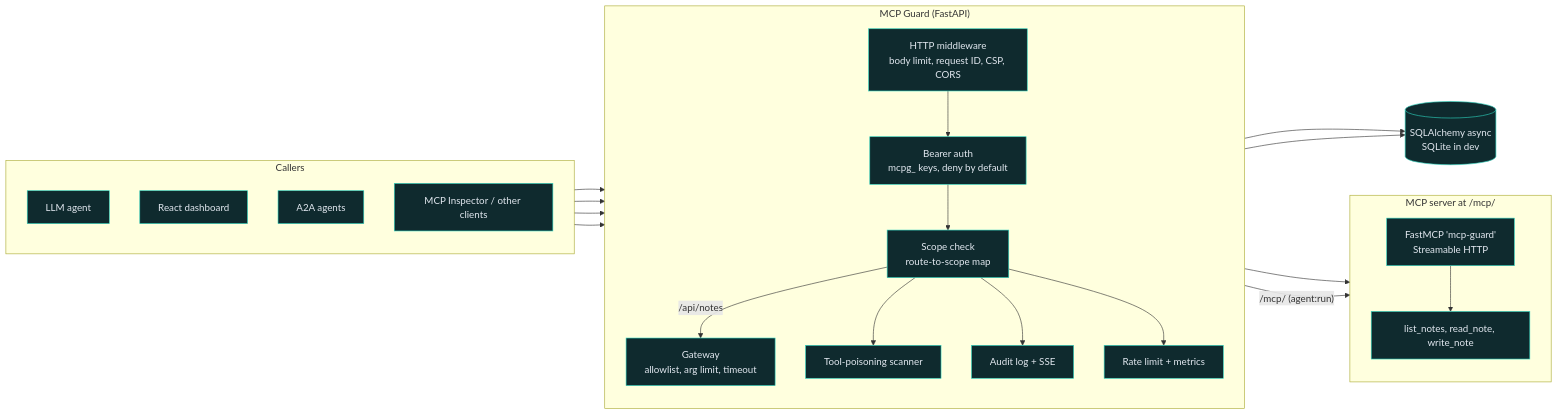
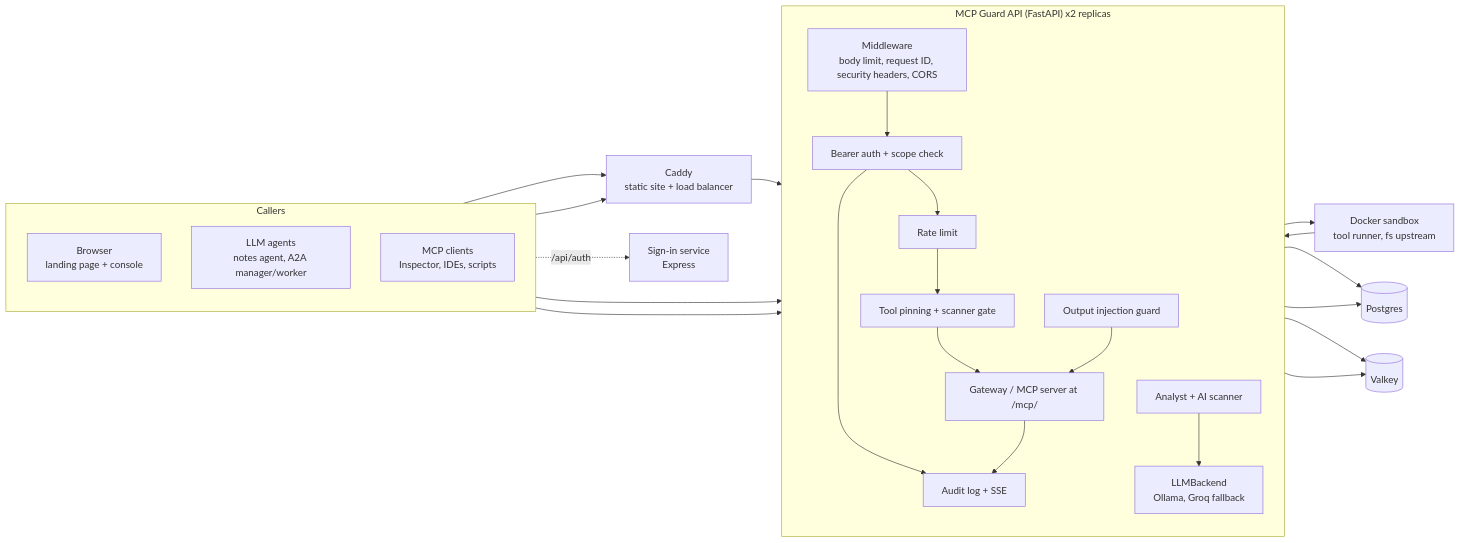
Before and after one commit to aneek22112007-tech/mcp-a2a-secure: the first of 2 diagrams in README.md, drawn with Mermaid. The commit also changed other lines of this file, not shown here.

````diff
--- a/README.md
+++ b/README.md
@@ -30,46 +83,45 @@
 ```mermaid
 flowchart LR
-    subgraph CALLERS["Callers"]
+    subgraph Callers
         direction TB
-        AG["LLM agent"]
-        UI["React dashboard"]
-        A2A["A2A agents"]
-        INS["MCP Inspector / other clients"]
+        UI["Browser<br/>landing page + console"]
+        AG["LLM agents<br/>notes agent, A2A manager/worker"]
+        EXT["MCP clients<br/>Inspector, IDEs, scripts"]
     end
 
-    subgraph CORE["MCP Guard (FastAPI)"]
+    PROXY["Caddy<br/>static site + load balancer"]
+
+    subgraph API["MCP Guard API (FastAPI) x2 replicas"]
         direction TB
-        MW["HTTP middleware<br/>body limit, request ID, CSP, CORS"]
-        AUTH["Bearer auth<br/>mcpg_ keys, deny by default"]
-        SC["Scope check<br/>route-to-scope map"]
-        GW["Gateway<br/>allowlist, arg limit, timeout"]
-        SCAN["Tool-poisoning scanner"]
+        MW["Middleware<br/>body limit, request ID, security headers, CORS"]
+        AUTH["Bearer auth + scope check"]
+        RL["Rate limit"]
+        PIN["Tool pinning + scanner gate"]
+        GW["Gateway / MCP server at /mcp/"]
+        GUARD["Output injection guard"]
         AUD["Audit log + SSE"]
-        RL["Rate limit + metrics"]
+        LLM["LLMBackend<br/>Ollama, Groq fallback"]
+        AN["Analyst + AI scanner"]
     end
 
-    subgraph TOOLS["MCP server at /mcp/"]
-        direction TB
-        MCP["FastMCP 'mcp-guard'<br/>Streamable HTTP"]
-        T1["list_notes, read_note, write_note"]
-    end
+    SB["Docker sandbox<br/>tool runner, fs upstream"]
+    PG[("Postgres")]
+    VK[("Valkey")]
+    LOGIN["Sign-in service<br/>Express"]
 
-    DB[("SQLAlchemy async<br/>SQLite in dev")]
-
-    AG --> MW
-    UI --> MW
-    A2A --> MW
-    INS --> MW
-    MW --> AUTH --> SC
-    SC -->|"/api/notes"| GW --> MCP
-    SC -->|"/mcp/ (agent:run)"| MCP
-    MCP --> T1
-    SC --> SCAN
-    SC --> AUD
-    SC --> RL
-    AUTH --> DB
-    AUD --> DB
-
-    classDef built fill:#0f2a2e,stroke:#2dd4bf,color:#e2e8f0
-    class MW,AUTH,SC,GW,MCP,T1,UI,INS,DB,AUD,SCAN,RL,AG,A2A built
+    UI --> PROXY
+    EXT --> PROXY
+    AG --> GW
+    UI -. "/api/auth" .-> LOGIN
+    PROXY --> MW --> AUTH --> RL --> PIN --> GW
+    GW --> SB
+    SB --> GUARD --> GW
+    AUTH --> AUD
+    GW --> AUD
+    AUD --> PG
+    PIN --> PG
+    RL --> VK
+    AUD --> VK
+    AN --> LLM
+    AG --> LLM
 ```
````
